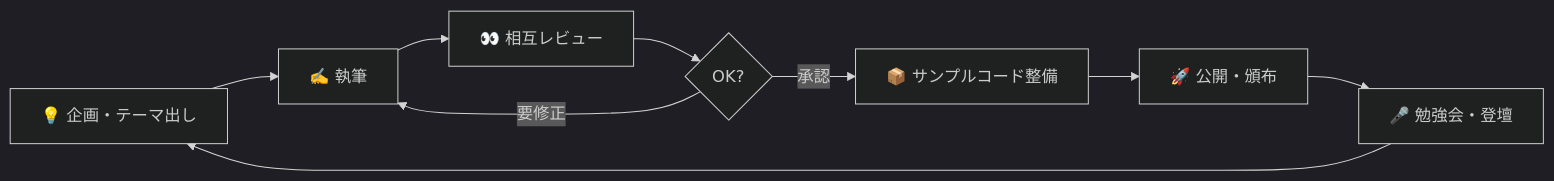
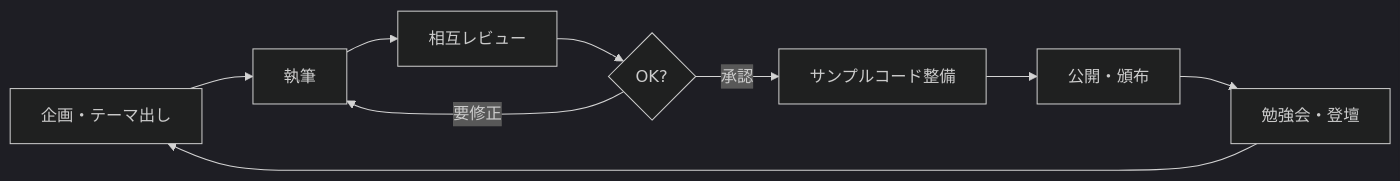
Before and after one commit to nr-trailblazers-jp/.github: the second of 2 diagrams in .github/profile/README.md, drawn with Mermaid (dark theme). The commit also changed other lines of this file, not shown here.

Commit message:
Fix Mermaid diagrams: replace mindmap with graph, quote labels

````diff
--- a/.github/profile/README.md
+++ b/.github/profile/README.md
@@ -58,11 +63,11 @@
 ```mermaid
 flowchart LR
-    A[💡 企画・テーマ出し] --> B[✍️ 執筆]
-    B --> C[👀 相互レビュー]
-    C --> D{OK?}
-    D -- 要修正 --> B
-    D -- 承認 --> E[📦 サンプルコード整備]
-    E --> F[🚀 公開・頒布]
-    F --> G[🎤 勉強会・登壇]
+    A["企画・テーマ出し"] --> B["執筆"]
+    B --> C["相互レビュー"]
+    C --> D{"OK?"}
+    D -- "要修正" --> B
+    D -- "承認" --> E["サンプルコード整備"]
+    E --> F["公開・頒布"]
+    F --> G["勉強会・登壇"]
     G --> A
 ```
````
